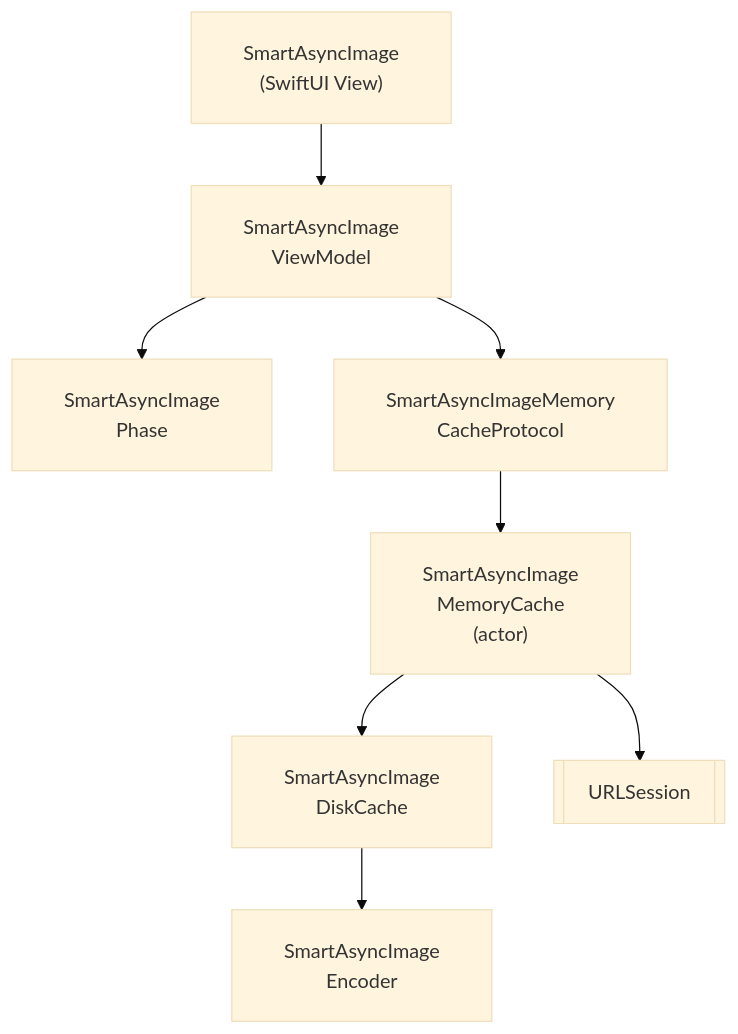
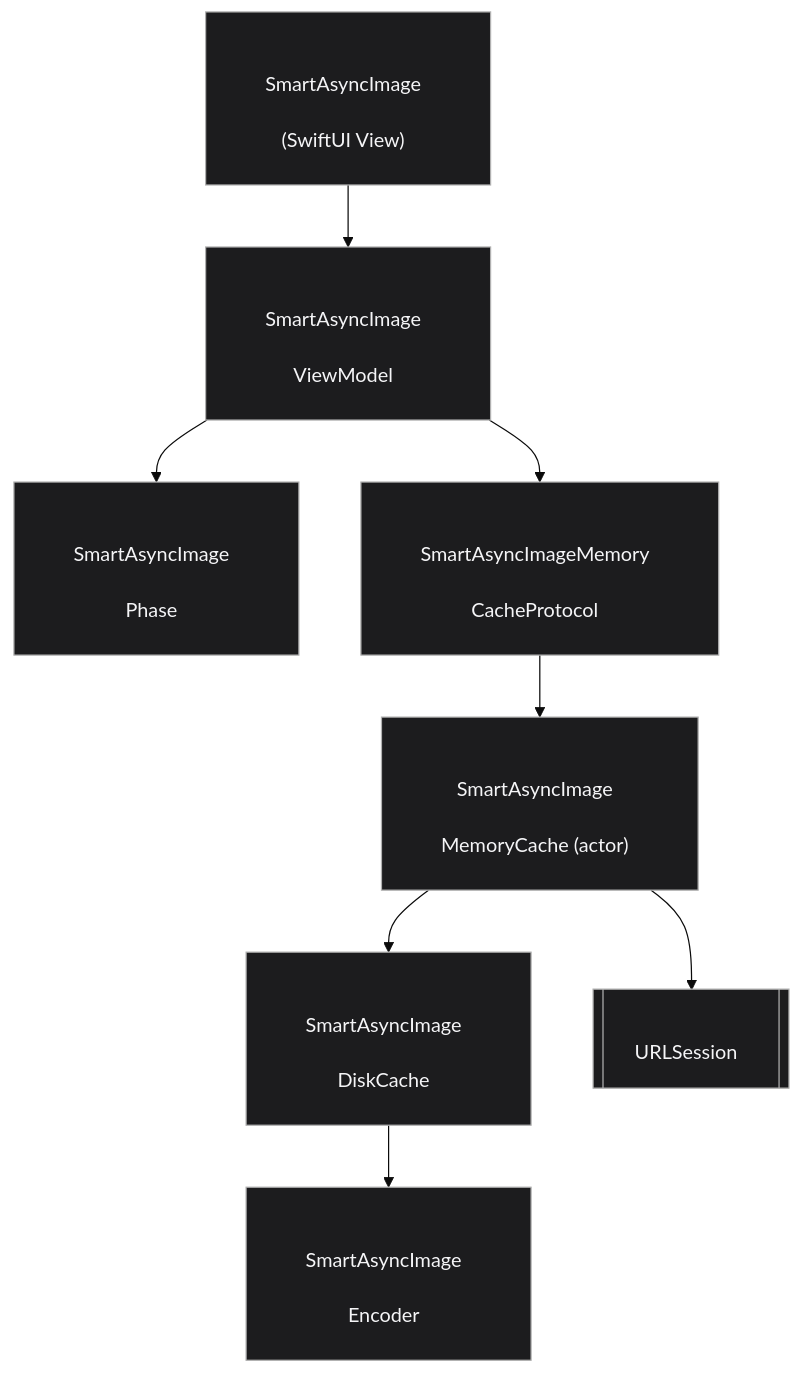
One commit to gentle-giraffe-apps/SmartAsyncImage changed the diagram in README.md. Above: the diagram before and after it, drawn with Mermaid (base theme).

Commit message:
try again

````diff
--- a/README.md
+++ b/README.md
@@ -86,10 +86,41 @@
 ```mermaid
 flowchart TD
-    SAI["<div style='padding:6px 12px; white-space:nowrap;'>SmartAsyncImage<br/>(SwiftUI View)</div>"] --> VM["<div style='padding:6px 12px; white-space:nowrap;'>SmartAsyncImage<br/>ViewModel</div>"]
-    VM --> Phase["<div style='padding:6px 12px; white-space:nowrap;'>SmartAsyncImage<br/>Phase</div>"]
-    VM --> MemProto["<div style='padding:6px 12px; white-space:nowrap;'>SmartAsyncImageMemory<br/>CacheProtocol</div>"]
-    MemProto --> Mem["<div style='padding:6px 12px; white-space:nowrap;'>SmartAsyncImage<br/>MemoryCache<br/>(actor)</div>"]
-    Mem --> Disk["<div style='padding:6px 12px; white-space:nowrap;'>SmartAsyncImage<br/>DiskCache</div>"]
-    Disk --> Encoder["<div style='padding:6px 12px; white-space:nowrap;'>SmartAsyncImage<br/>Encoder</div>"]
-    Mem --> URLSession[["<div style='padding:6px 12px; white-space:nowrap;'>URLSession</div>"]]
+    classDef box fill:#1c1c1e,stroke:#b0b0b0,stroke-width:1px,color:#f5f5f7;
+
+    SAI["<div style='padding:10px 18px; line-height:1.4; white-space:nowrap;'>
+    SmartAsyncImage&nbsp;&nbsp;<br/>
+    (SwiftUI&nbsp;View)&nbsp;&nbsp;
+    </div>"]:::box --> VM["<div style='padding:10px 18px; line-height:1.4; white-space:nowrap;'>
+    SmartAsyncImage&nbsp;&nbsp;<br/>
+    ViewModel&nbsp;&nbsp;
+    </div>"]:::box
+
+    VM --> Phase["<div style='padding:10px 18px; line-height:1.4; white-space:nowrap;'>
+    SmartAsyncImage&nbsp;&nbsp;<br/>
+    Phase&nbsp;&nbsp;
+    </div>"]:::box
+
+    VM --> MemProto["<div style='padding:10px 18px; line-height:1.4; white-space:nowrap;'>
+    SmartAsyncImageMemory&nbsp;&nbsp;<br/>
+    CacheProtocol&nbsp;&nbsp;
+    </div>"]:::box
+
+    MemProto --> Mem["<div style='padding:10px 18px; line-height:1.4; white-space:nowrap;'>
+    SmartAsyncImage&nbsp;&nbsp;<br/>
+    MemoryCache&nbsp;(actor)&nbsp;&nbsp;
+    </div>"]:::box
+
+    Mem --> Disk["<div style='padding:10px 18px; line-height:1.4; white-space:nowrap;'>
+    SmartAsyncImage&nbsp;&nbsp;<br/>
+    DiskCache&nbsp;&nbsp;
+    </div>"]:::box
+
+    Disk --> Encoder["<div style='padding:10px 18px; line-height:1.4; white-space:nowrap;'>
+    SmartAsyncImage&nbsp;&nbsp;<br/>
+    Encoder&nbsp;&nbsp;
+    </div>"]:::box
+
+    Mem --> URLSession[["<div style='padding:10px 18px; line-height:1.4; white-space:nowrap;'>
+    URLSession&nbsp;&nbsp;
+    </div>"]]:::box
 ```
````
